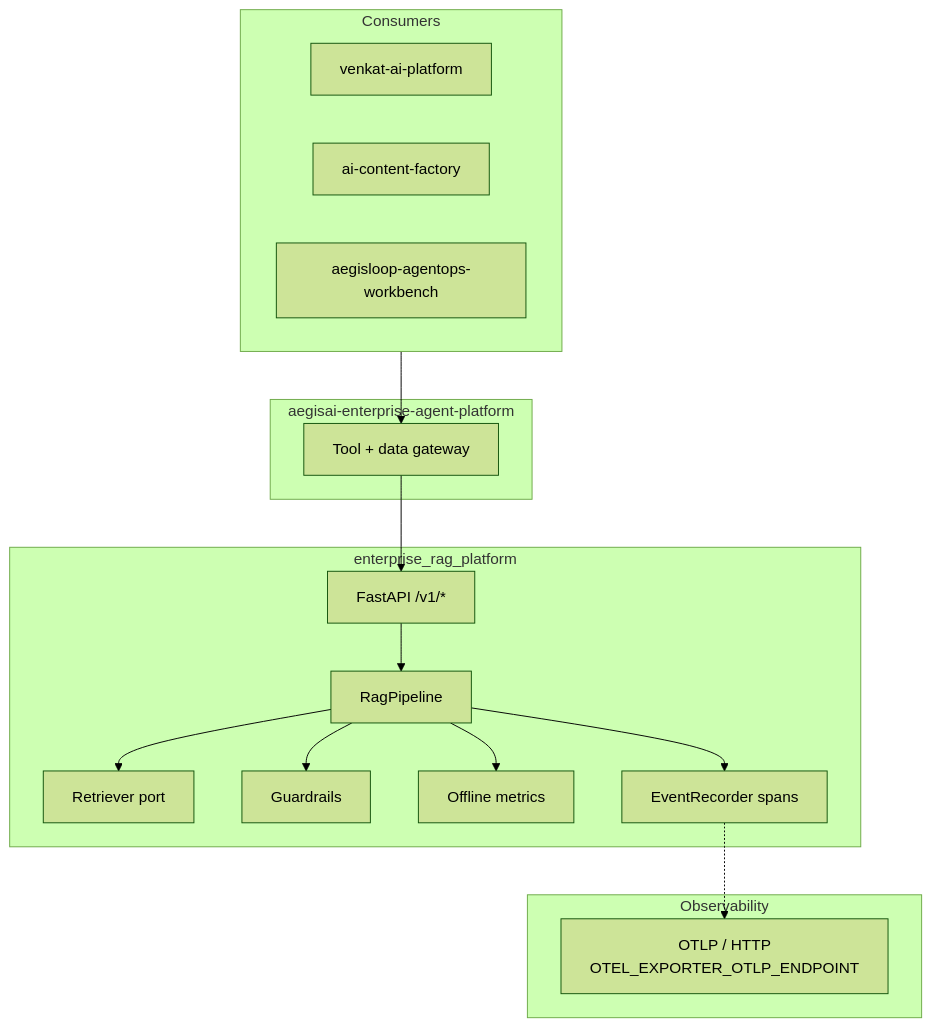
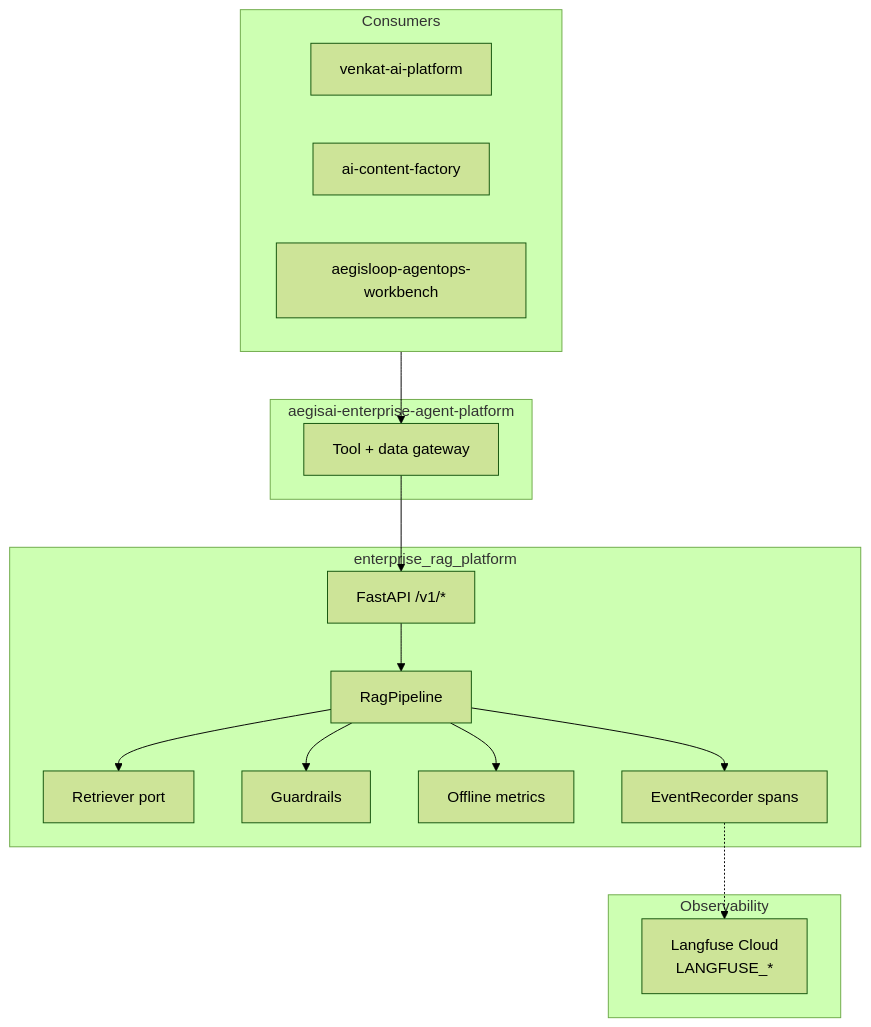
Before and after one commit to vpeetla-ai/enterprise_rag_platform: the diagram in docs/ARCHITECTURE.md, drawn with Mermaid (forest theme). The commit also changed other lines of this file and 12 other files, not shown here.

First line of the commit message:
Switch observability from OTLP to Langfuse-only export.

````diff
--- a/docs/ARCHITECTURE.md
+++ b/docs/ARCHITECTURE.md
@@ -12,34 +12,34 @@
 ```mermaid
 flowchart TB
   subgraph Clients["Consumers"]
     VAP["venkat-ai-platform"]
     ACF["ai-content-factory"]
     AL["aegisloop-agentops-workbench"]
   end
 
   subgraph Gateway["aegisai-enterprise-agent-platform"]
     GW["Tool + data gateway"]
   end
 
   subgraph RAG["enterprise_rag_platform"]
     API["FastAPI /v1/*"]
     PIPE["RagPipeline"]
     RET["Retriever port"]
     GR["Guardrails"]
     EVAL["Offline metrics"]
     TEL["EventRecorder spans"]
   end
 
   subgraph Obs["Observability"]
-    OTLP["OTLP / HTTP<br/>OTEL_EXPORTER_OTLP_ENDPOINT"]
+    LF["Langfuse Cloud<br/>LANGFUSE_*"]
   end
 
   Clients --> GW
   GW --> API
   API --> PIPE
   PIPE --> RET
   PIPE --> GR
   PIPE --> EVAL
   PIPE --> TEL
-  TEL -.-> OTLP
+  TEL -.-> LF
 ```
````
